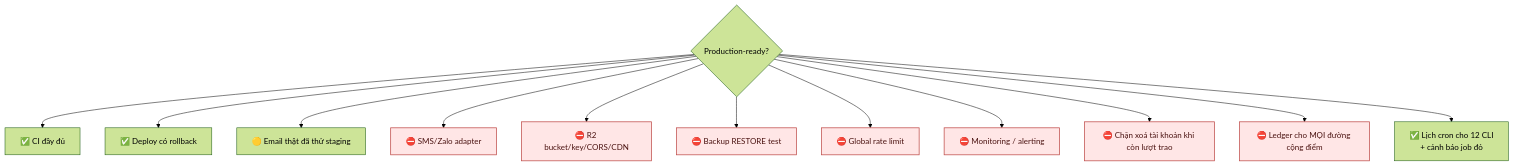
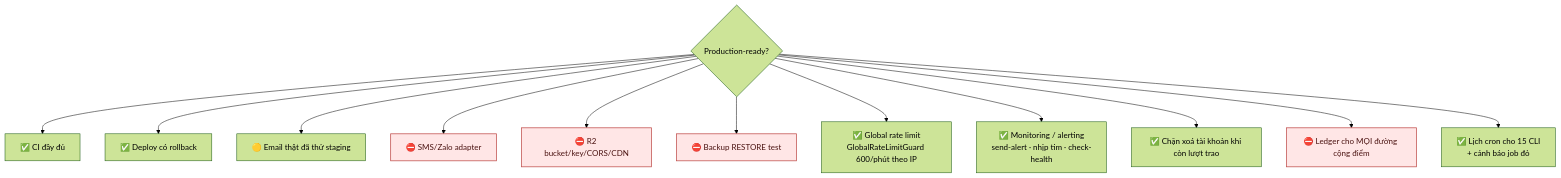
One commit to fdshn/trueheart changed the fourth of 4 diagrams in docs/diagram/29-cicd.md. Above: the diagram before and after it, drawn with Mermaid (forest theme). The commit also changed other lines of this file and 49 other files, not shown here.

````diff
--- a/docs/diagram/29-cicd.md
+++ b/docs/diagram/29-cicd.md
@@ -103,22 +125,19 @@
 ```mermaid
 flowchart TD
     A{Production-ready?} --> B["✅ CI đầy đủ"]
     A --> C["✅ Deploy có rollback"]
     A --> D["🟡 Email thật đã thử staging"]
     A --> E["⛔ SMS/Zalo adapter"]
     A --> F["⛔ R2 bucket/key/CORS/CDN"]
     A --> G["⛔ Backup RESTORE test"]
-    A --> H["⛔ Global rate limit"]
-    A --> I["⛔ Monitoring / alerting"]
-    A --> J["⛔ Chặn xoá tài khoản khi còn lượt trao"]
+    A --> H["✅ Global rate limit<br/>GlobalRateLimitGuard 600/phút theo IP"]
+    A --> I["✅ Monitoring / alerting<br/>send-alert · nhịp tim · check-health"]
+    A --> J["✅ Chặn xoá tài khoản khi còn lượt trao"]
     A --> K["⛔ Ledger cho MỌI đường cộng điểm"]
-    A --> L["✅ Lịch cron cho 12 CLI<br/>+ cảnh báo job đỏ"]
+    A --> L["✅ Lịch cron cho 15 CLI<br/>+ cảnh báo job đỏ"]
 
     style E fill:#ffe6e6,stroke:#c0504d,stroke-width:1.5px,color:#4a1210
     style F fill:#ffe6e6,stroke:#c0504d,stroke-width:1.5px,color:#4a1210
     style G fill:#ffe6e6,stroke:#c0504d,stroke-width:1.5px,color:#4a1210
-    style H fill:#ffe6e6,stroke:#c0504d,stroke-width:1.5px,color:#4a1210
-    style I fill:#ffe6e6,stroke:#c0504d,stroke-width:1.5px,color:#4a1210
-    style J fill:#ffe6e6,stroke:#c0504d,stroke-width:1.5px,color:#4a1210
     style K fill:#ffe6e6,stroke:#c0504d,stroke-width:1.5px,color:#4a1210
 ```
````
